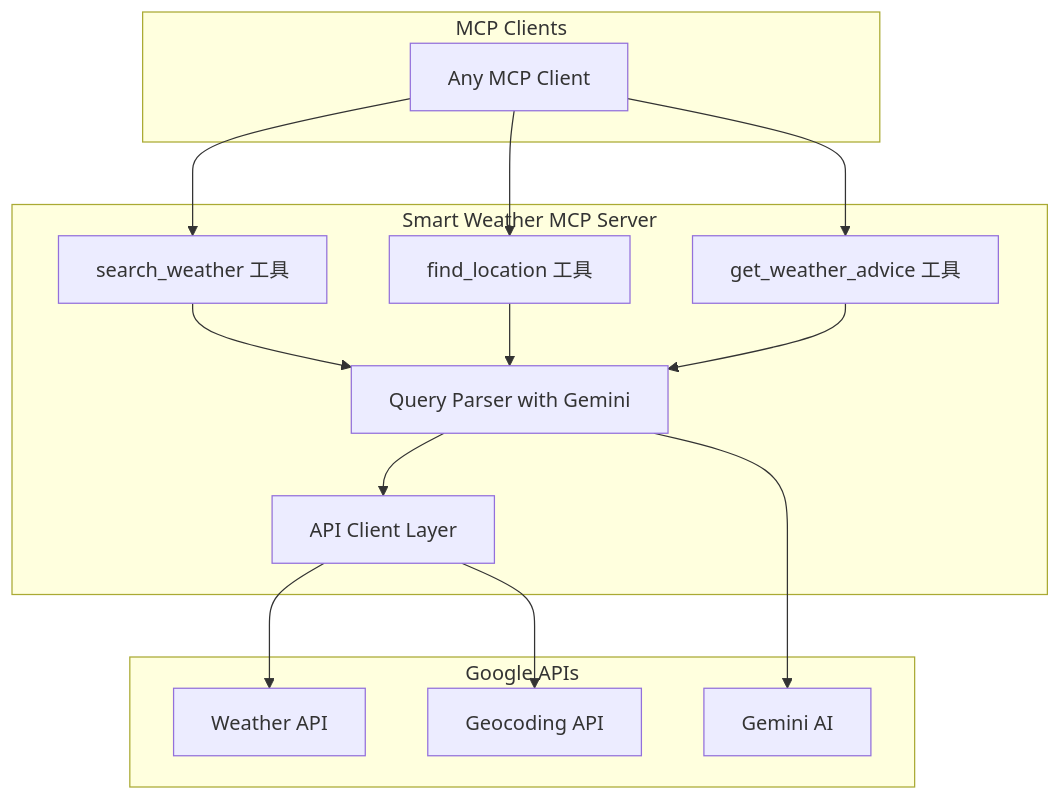
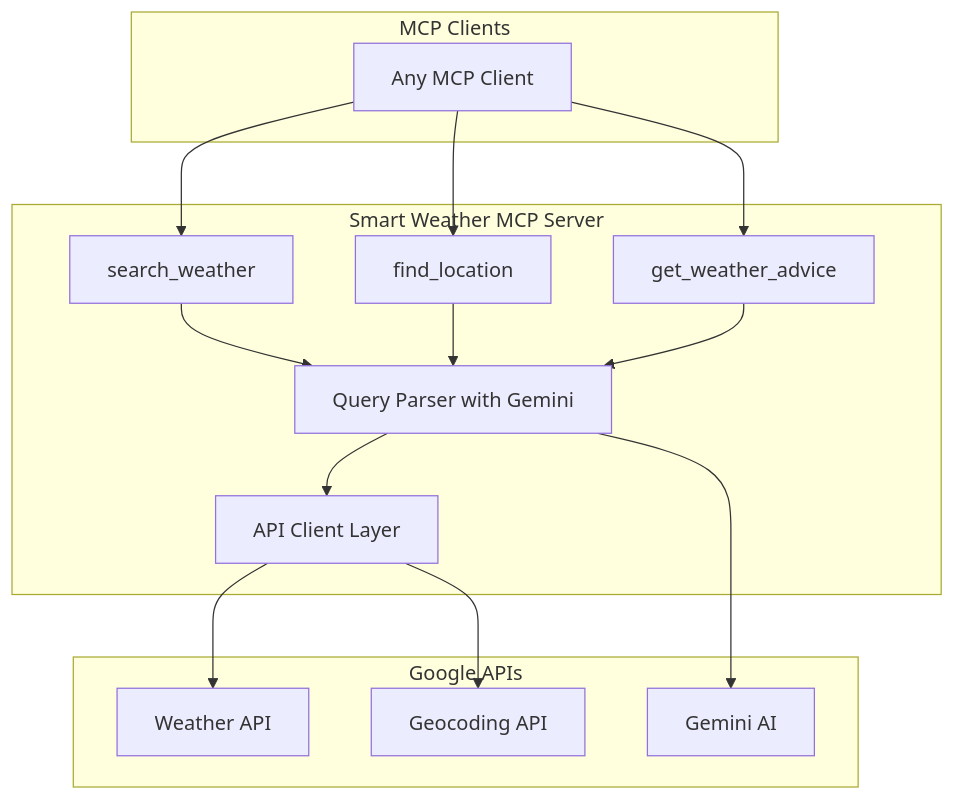
The third of 6 diagrams in docs/architecture/spec.md (lis186/smart-weather-mcp-server), drawn with Mermaid before and after one commit. The commit also changed other lines of this file and 22 other files, not shown here.

First line of the commit message:
feat(parsing): implement hybrid rule-based + AI fallback architecture

````diff
--- a/docs/architecture/spec.md
+++ b/docs/architecture/spec.md
@@ -240,31 +248,31 @@
 ```mermaid
 graph TB
     subgraph "MCP Clients"
         A[Any MCP Client]
     end
     
     subgraph "Smart Weather MCP Server"
-        B[search_weather 工具]
-        C[find_location 工具]
-        D[get_weather_advice 工具]
+        B[search_weather]
+        C[find_location]
+        D[get_weather_advice]
         E[Query Parser with Gemini]
         F[API Client Layer]
     end
     
     subgraph "Google APIs"
         G[Weather API]
         H[Geocoding API]
         I[Gemini AI]
     end
     
     A --> B
     A --> C
     A --> D
     B --> E
     C --> E
     D --> E
     E --> I
     E --> F
     F --> G
     F --> H
 ```
````
